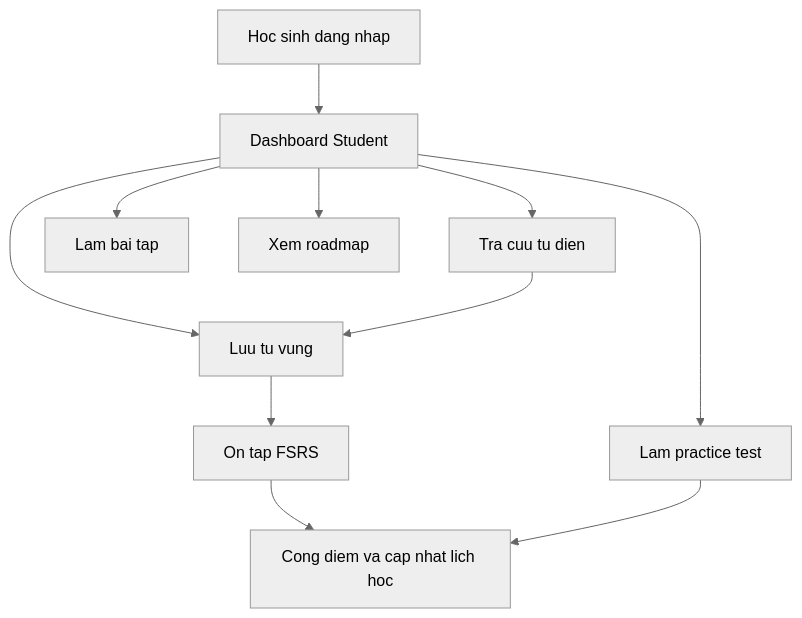
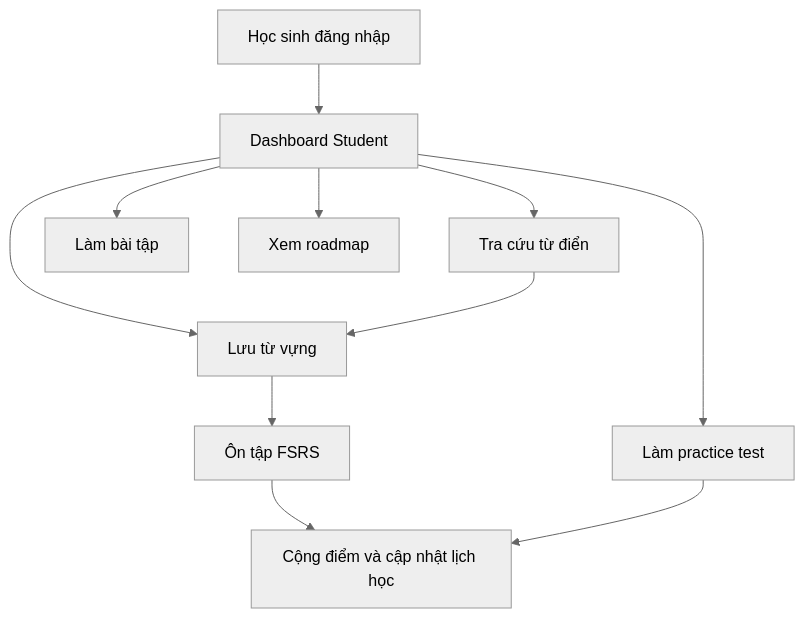
The third of 4 diagrams in BAO_CAO_BAN_GIAO_HE_THONG.md (basduy05/NCKHTA), drawn with Mermaid (neutral theme) before and after one commit. The commit also changed other lines of this file and 43 other files, not shown here.

````diff
--- a/BAO_CAO_BAN_GIAO_HE_THONG.md
+++ b/BAO_CAO_BAN_GIAO_HE_THONG.md
@@ -341,13 +341,13 @@
 ```mermaid
 flowchart TD
-    A[Hoc sinh dang nhap] --> B[Dashboard Student]
-    B --> C[Tra cuu tu dien]
-    B --> D[Luu tu vung]
-    D --> E[On tap FSRS]
-    B --> F[Lam bai tap]
-    B --> G[Lam practice test]
+    A[Học sinh đăng nhập] --> B[Dashboard Student]
+    B --> C[Tra cứu từ điển]
+    B --> D[Lưu từ vựng]
+    D --> E[Ôn tập FSRS]
+    B --> F[Làm bài tập]
+    B --> G[Làm practice test]
     B --> H[Xem roadmap]
     C --> D
-    E --> I[Cong diem va cap nhat lich hoc]
+    E --> I[Cộng điểm và cập nhật lịch học]
     G --> I
 ```
````
